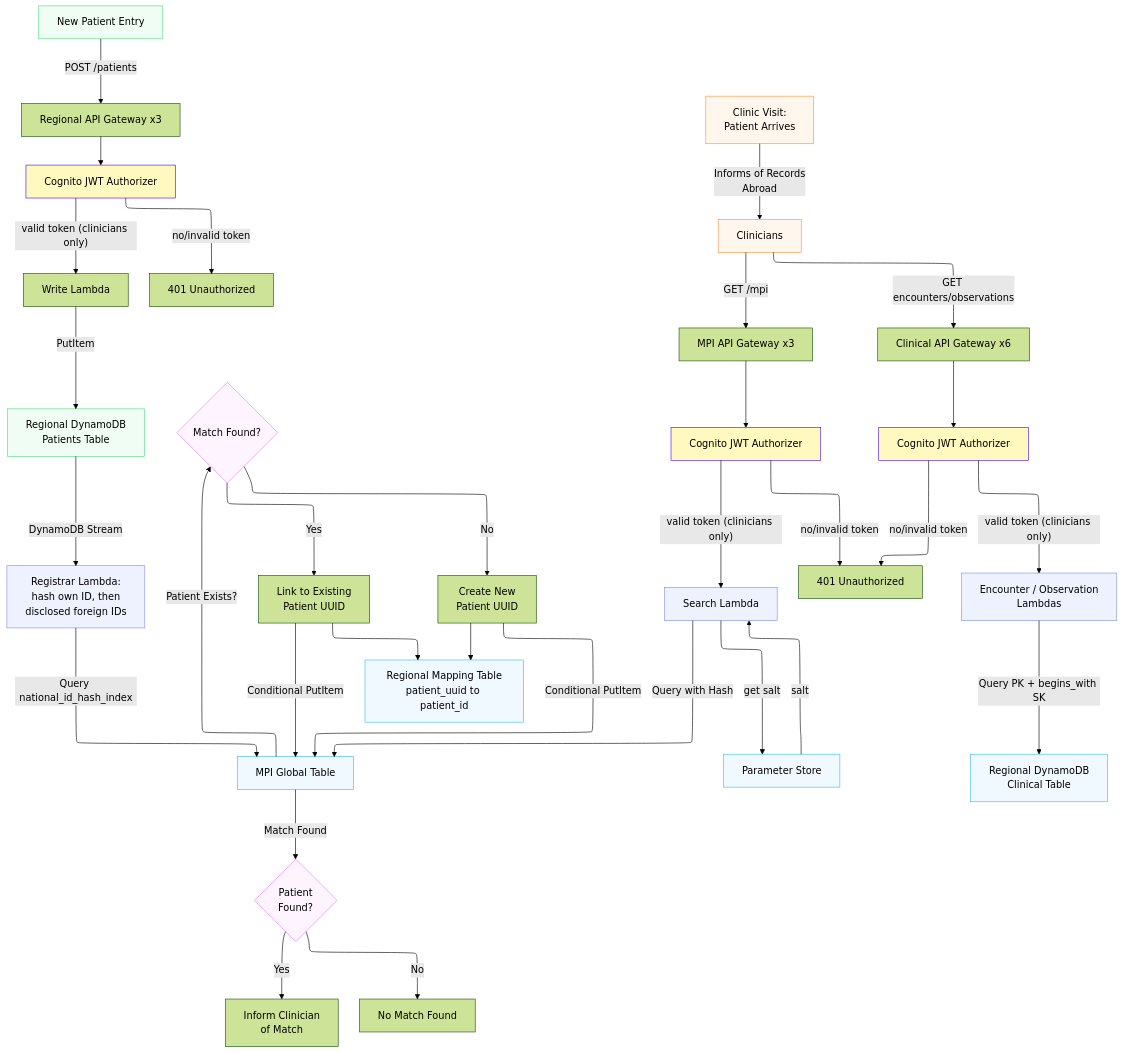
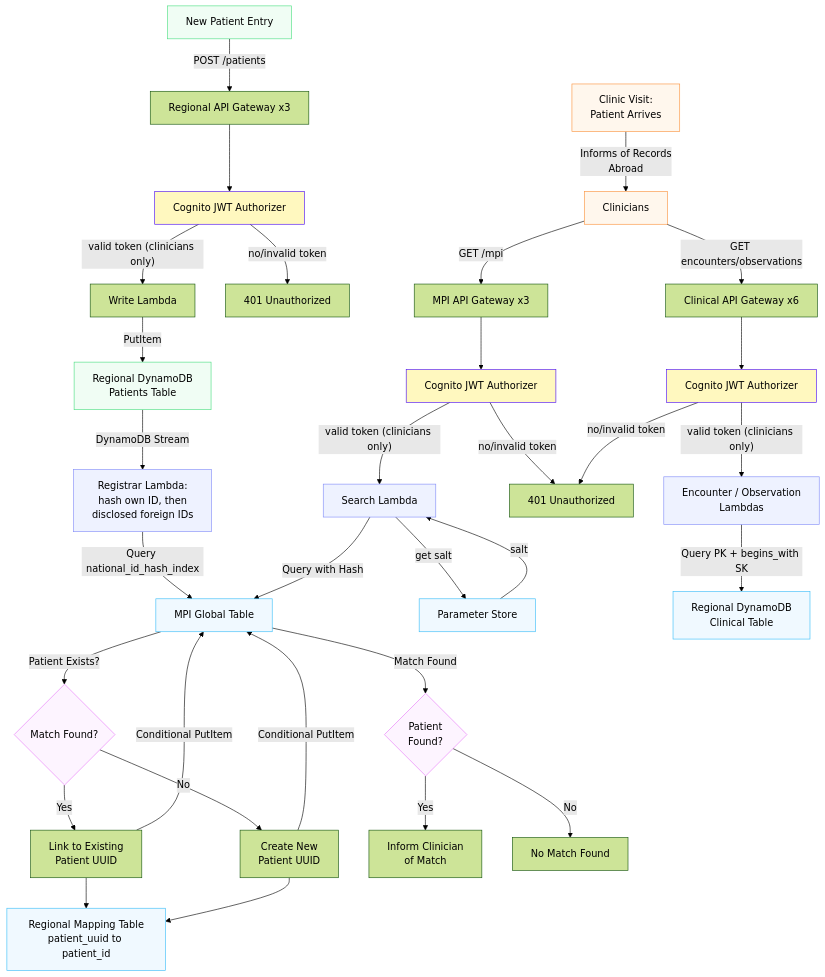
The diagram in README.md (tobsterin/Multi-Region-EHR-API), drawn with Mermaid (forest theme) before and after one commit.

Commit message:
Fix Mermaid diagram

````diff
--- a/README.md
+++ b/README.md
@@ -24,62 +24,58 @@
 ```mermaid
----
-config:
-  layout: elk
----
 flowchart TB
     A["New Patient Entry"] -- POST /patients --> AG1["Regional API Gateway x3"]
     AG1 --> AUTH1["Cognito JWT Authorizer"]
     AUTH1 -- valid token (clinicians only) --> WL["Write Lambda"]
     AUTH1 -- no/invalid token --> X["401 Unauthorized"]
     WL -- PutItem --> B["Regional DynamoDB<br>Patients Table"]
     B -- DynamoDB Stream --> C["Registrar Lambda:<br>hash own ID, then<br>disclosed foreign IDs"]
     C -- Query national_id_hash_index --> D["MPI Global Table"]
     D -- Patient Exists? --> E{"Match Found?"}
     E -- Yes --> F["Link to Existing<br>Patient UUID"]
     E -- No --> G["Create New<br>Patient UUID"]
     F -- Conditional PutItem --> D
     G -- Conditional PutItem --> D
     F --> MT["Regional Mapping Table<br>patient_uuid to patient_id"]
     G --> MT
     I["Clinic Visit:<br>Patient Arrives"] -- Informs of Records<br>Abroad --> J["Clinicians"]
     J -- GET /mpi --> AG2["MPI API Gateway x3"]
     AG2 --> AUTH2["Cognito JWT Authorizer"]
     AUTH2 -- valid token (clinicians only) --> K["Search Lambda"]
     AUTH2 -- no/invalid token --> X1["401 Unauthorized"]
     K -- get salt --> L["Parameter Store"]
     L -- salt --> K
     K -- Query with Hash --> D
     D -- Match Found --> M{"Patient<br>Found?"}
     M -- Yes --> N["Inform Clinician<br>of Match"]
     M -- No --> O["No Match Found"]
     J -- GET encounters/observations --> AG3["Clinical API Gateway x6"]
     AG3 --> AUTH3["Cognito JWT Authorizer"]
     AUTH3 -- valid token (clinicians only) --> CL["Encounter / Observation<br>Lambdas"]
     AUTH3 -- no/invalid token --> X1["401 Unauthorized"]
     CL -- Query PK + begins_with SK --> CV["Regional DynamoDB<br>Clinical Table"]
 
 
      A:::creation
      B:::creation
      C:::lambda
      D:::database
      MT:::database
      E:::decision
      I:::clinician
      J:::clinician
      K:::lambda
      L:::database
      M:::decision
      AUTH1:::auth
      AUTH2:::auth
      AUTH3:::auth
      CL:::lambda
      CV:::database
     classDef creation fill:#f0fdf4,stroke:#4ade80
     classDef lambda fill:#eef2ff,stroke:#818cf8
     classDef database fill:#f0f9ff,stroke:#38bdf8
     classDef clinician fill:#fff7ed,stroke:#fb923c
     classDef decision fill:#fdf4ff,stroke:#e879f9
     classDef auth fill:#fff8bf,stroke:#4a0bf6
     
 ```
````
